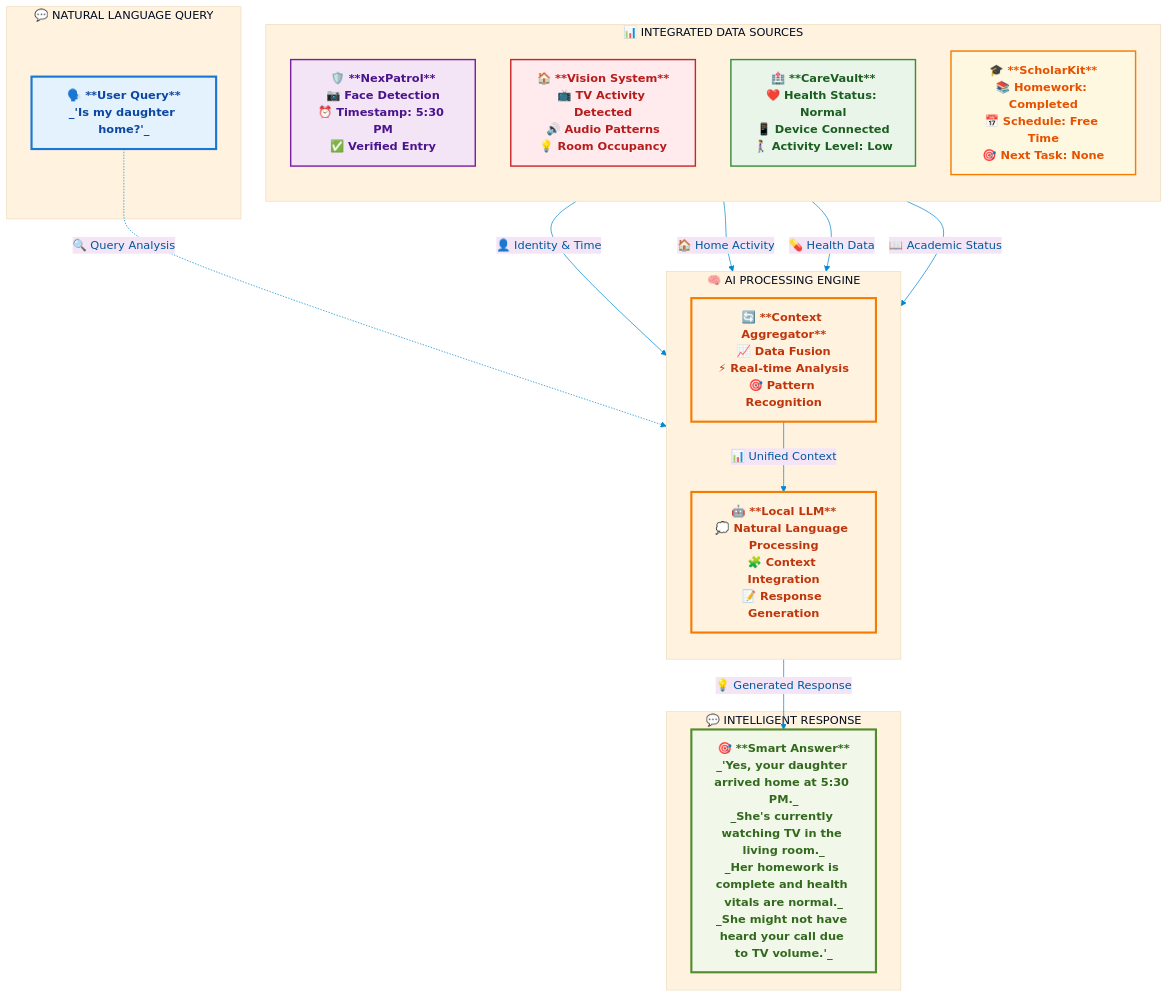
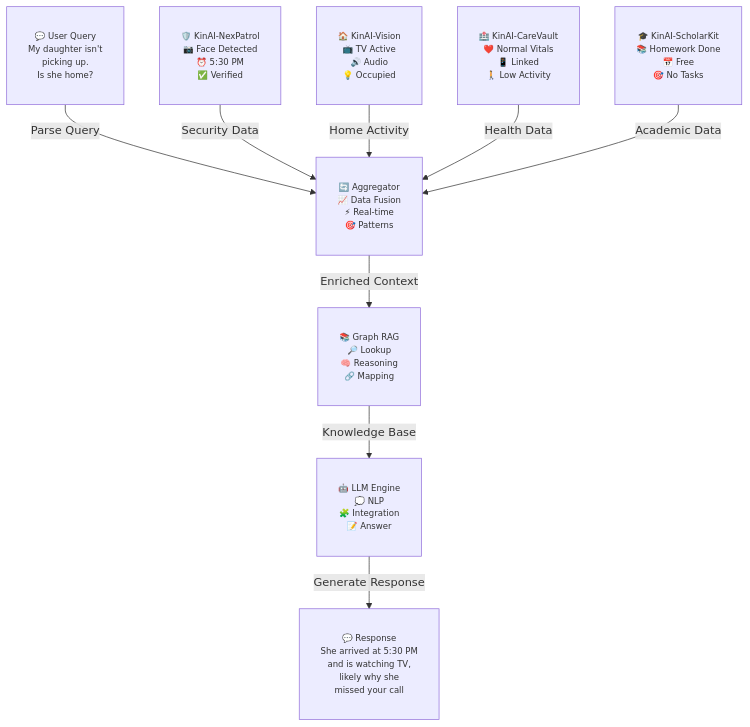
One commit to Logulokesh/KinAI-Ecosystem changed the second of 7 diagrams in README.md. Above: the diagram before and after it, drawn with Mermaid. The commit also changed other lines of this file, not shown here.

````diff
--- a/README.md
+++ b/README.md
@@ -156,72 +156,35 @@
 ```mermaid
-%%{init: {
-  'theme': 'base',
-  'themeVariables': {
-    'primaryColor': '#e1f5fe',
-    'primaryTextColor': '#01579b',
-    'primaryBorderColor': '#0277bd',
-    'lineColor': '#0288d1',
-    'secondaryColor': '#f3e5f5',
-    'tertiaryColor': '#fff3e0',
-    'background': '#ffffff',
-    'mainBkg': '#ffffff',
-    'secondBkg': '#f8f9fa'
-  }
-}}%%
+graph TD
+    %% Top: Natural Language Query
+    QUERY["💬 User Query<br/>My daughter isn't<br/>picking up.<br/>Is she home?"]
 
-flowchart TB
-    %% Input Query
-    subgraph INPUT [" 💬 NATURAL LANGUAGE QUERY "]
-        QUERY["🗣️ **User Query**<br/>_'Is my daughter home?'_"]
-    end
-    
-    %% Data Sources
-    subgraph SOURCES [" 📊 INTEGRATED DATA SOURCES "]
-        direction TB
-        NEXPATROL["🛡️ **NexPatrol**<br/>📷 Face Detection<br/>⏰ Timestamp: 5:30 PM<br/>✅ Verified Entry"]
-        VISION["🏠 **Vision System**<br/>📺 TV Activity Detected<br/>🔊 Audio Patterns<br/>💡 Room Occupancy"]
-        CAREVAULT["🏥 **CareVault**<br/>❤️ Health Status: Normal<br/>📱 Device Connected<br/>🚶‍♀️ Activity Level: Low"]
-        SCHOLARKIT["🎓 **ScholarKit**<br/>📚 Homework: Completed<br/>📅 Schedule: Free Time<br/>🎯 Next Task: None"]
-    end
-    
-    %% AI Processing
-    subgraph PROCESSING [" 🧠 AI PROCESSING ENGINE "]
-        direction TB
-        CONTEXT["🔄 **Context Aggregator**<br/>📈 Data Fusion<br/>⚡ Real-time Analysis<br/>🎯 Pattern Recognition"]
-        LLM["🤖 **Local LLM**<br/>💭 Natural Language Processing<br/>🧩 Context Integration<br/>📝 Response Generation"]
-    end
-    
-    %% Output Response  
-    subgraph OUTPUT [" 💬 INTELLIGENT RESPONSE "]
-        RESPONSE["🎯 **Smart Answer**<br/>_'Yes, your daughter arrived home at 5:30 PM._<br/>_She's currently watching TV in the living room._<br/>_Her homework is complete and health vitals are normal._<br/>_She might not have heard your call due to TV volume.'_"]
-    end
-    
-    %% Connections with enhanced styling
-    QUERY -.->|"🔍 Query Analysis"| CONTEXT
-    
-    NEXPATROL -->|"👤 Identity & Time"| CONTEXT
-    VISION -->|"🏠 Home Activity"| CONTEXT  
-    CAREVAULT -->|"💊 Health Data"| CONTEXT
-    SCHOLARKIT -->|"📖 Academic Status"| CONTEXT
-    
-    CONTEXT -->|"📊 Unified Context"| LLM
-    LLM -->|"💡 Generated Response"| RESPONSE
-    
-    %% Enhanced styling with modern colors
-    classDef queryStyle fill:#e3f2fd,stroke:#1976d2,stroke-width:3px,color:#0d47a1,font-weight:bold
-    classDef sourceStyle fill:#f3e5f5,stroke:#7b1fa2,stroke-width:2px,color:#4a148c,font-weight:bold
-    classDef visionStyle fill:#ffebee,stroke:#c62828,stroke-width:2px,color:#b71c1c,font-weight:bold
-    classDef healthStyle fill:#e8f5e8,stroke:#388e3c,stroke-width:2px,color:#1b5e20,font-weight:bold
-    classDef scholarStyle fill:#fff8e1,stroke:#f57c00,stroke-width:2px,color:#e65100,font-weight:bold
-    classDef processStyle fill:#fff3e0,stroke:#f57c00,stroke-width:3px,color:#bf360c,font-weight:bold
-    classDef responseStyle fill:#f1f8e9,stroke:#558b2f,stroke-width:3px,color:#33691e,font-weight:bold
-    classDef subgraphStyle fill:#fafafa,stroke:#424242,stroke-width:2px
-    
-    class QUERY queryStyle
-    class NEXPATROL sourceStyle
-    class VISION visionStyle
-    class CAREVAULT healthStyle
-    class SCHOLARKIT scholarStyle
-    class CONTEXT,LLM processStyle
-    class RESPONSE responseStyle
+    %% Second Level: Data Sources
+    NEXPATROL["🛡️ KinAI-NexPatrol<br/>📷 Face Detected<br/>⏰ 5:30 PM<br/>✅ Verified"]
+    VISION["🏠 KinAI-Vision<br/>📺 TV Active<br/>🔊 Audio<br/>💡 Occupied"]
+    CAREVAULT["🏥 KinAI-CareVault<br/>❤️ Normal Vitals<br/>📱 Linked<br/>🚶 Low Activity"]
+    SCHOLARKIT["🎓 KinAI-ScholarKit<br/>📚 Homework Done<br/>📅 Free<br/>🎯 No Tasks"]
+
+    %% Third Level: AI Processing
+    CONTEXT["🔄 Aggregator<br/>📈 Data Fusion<br/>⚡ Real-time<br/>🎯 Patterns"]
+    RAG["📚 Graph RAG<br/>🔎 Lookup<br/>🧠 Reasoning<br/>🔗 Mapping"]
+    LLM["🤖 LLM Engine<br/>💭 NLP<br/>🧩 Integration<br/>📝 Answer"]
+
+    %% Bottom: Response
+    RESPONSE["💬 Response<br/>She arrived at 5:30 PM<br/>and is watching TV,<br/>likely why she<br/>missed your call"]
+
+ %% Flow Connections
+    QUERY -->|"Parse Query"| CONTEXT
+    NEXPATROL -->|"Security Data"| CONTEXT
+    VISION -->|"Home Activity"| CONTEXT
+    CAREVAULT -->|"Health Data"| CONTEXT
+    SCHOLARKIT -->|"Academic Data"| CONTEXT
+    CONTEXT -->|"Enriched Context"| RAG
+    RAG -->|"Knowledge Base"| LLM
+    LLM -->|"Generate Response"| RESPONSE
+
+
+
+    %% CSS to prevent text cutoff
+    classDef nodeStyle padding:10px, font-size:12px, text-align:center, white-space:pre-wrap;
+    class QUERY,NEXPATROL,VISION,CAREVAULT,SCHOLARKIT,CONTEXT,RAG,LLM,RESPONSE nodeStyle;
 ```
````
